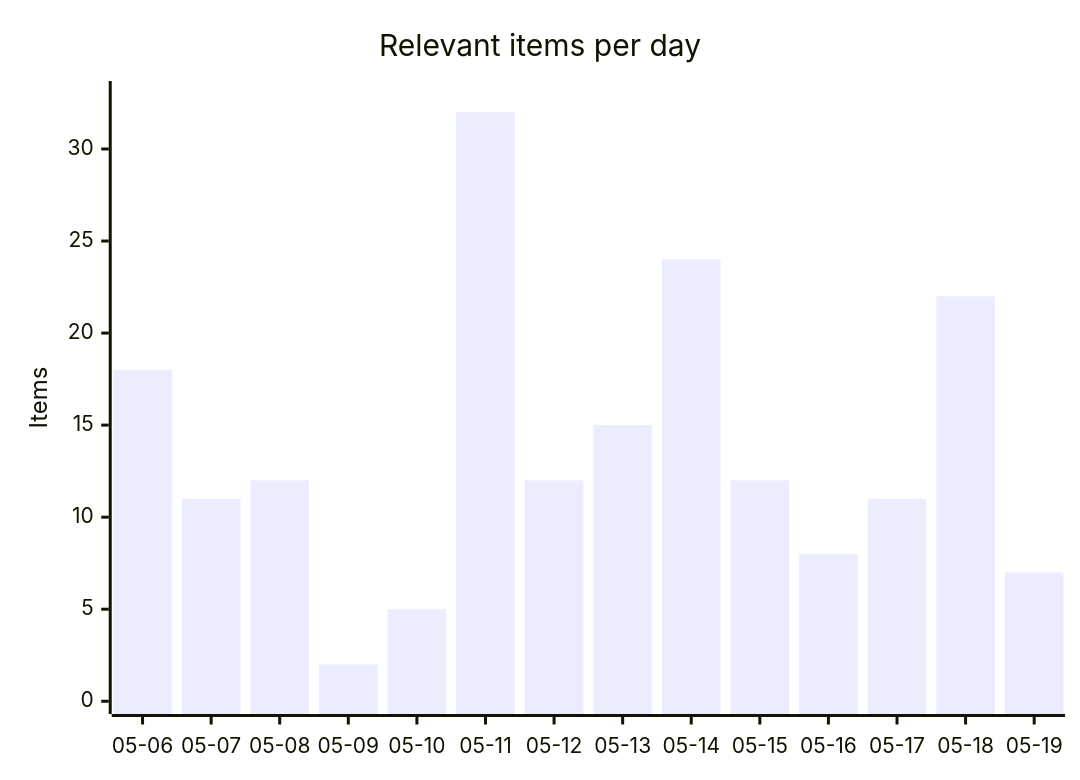
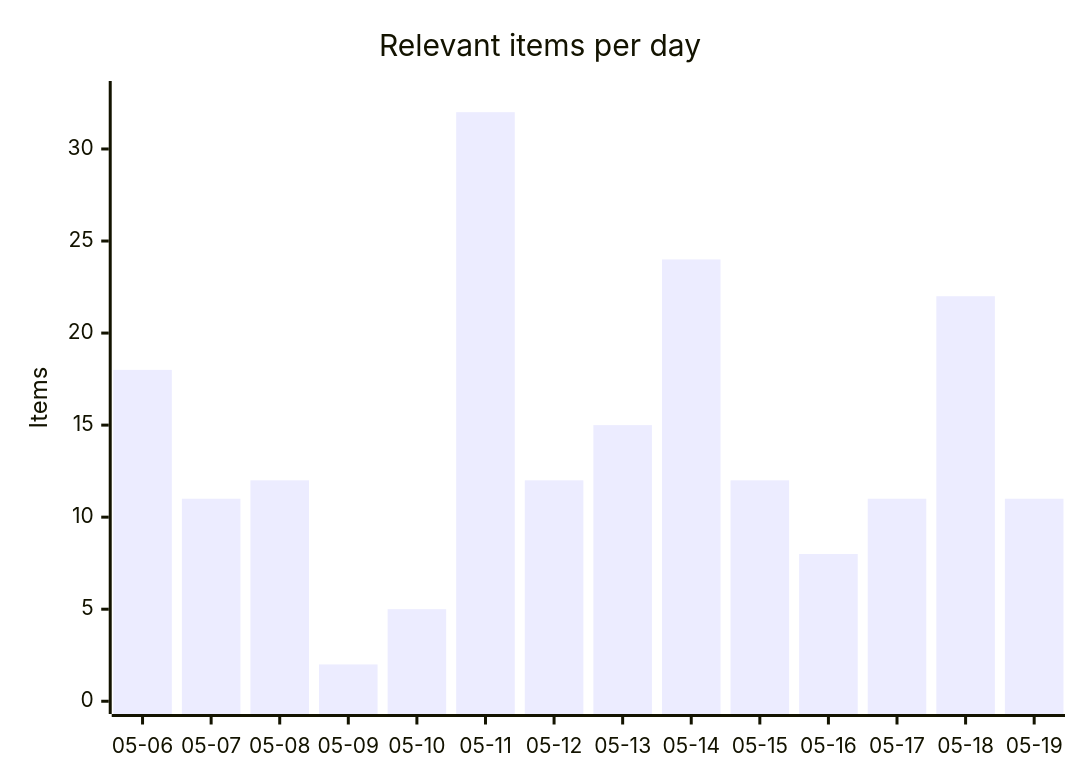
Before and after one commit to martinbalfanz/social-scanner-reports: the first of 4 diagrams in README.md, drawn with Mermaid. The commit also changed other lines of this file and 2 other files, not shown here.

````diff
--- a/README.md
+++ b/README.md
@@ -30,7 +30,7 @@
 ```mermaid
 xychart-beta
     title "Relevant items per day"
     x-axis ["05-06", "05-07", "05-08", "05-09", "05-10", "05-11", "05-12", "05-13", "05-14", "05-15", "05-16", "05-17", "05-18", "05-19"]
     y-axis "Items" 0 --> 33
-    bar [18, 11, 12, 2, 5, 32, 12, 15, 24, 12, 8, 11, 22, 7]
+    bar [18, 11, 12, 2, 5, 32, 12, 15, 24, 12, 8, 11, 22, 11]
 ```
````
